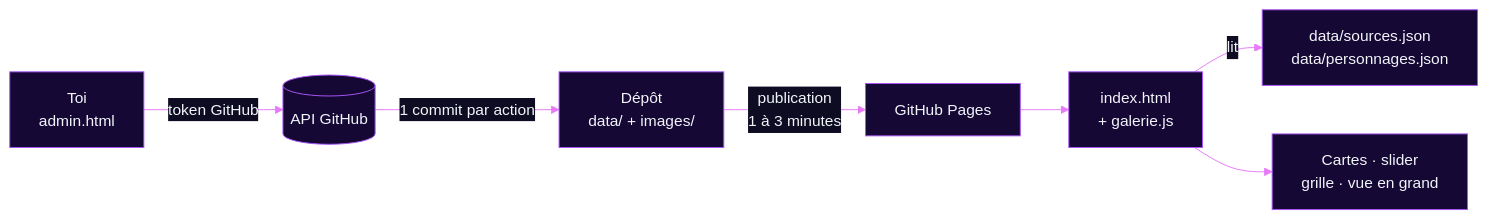
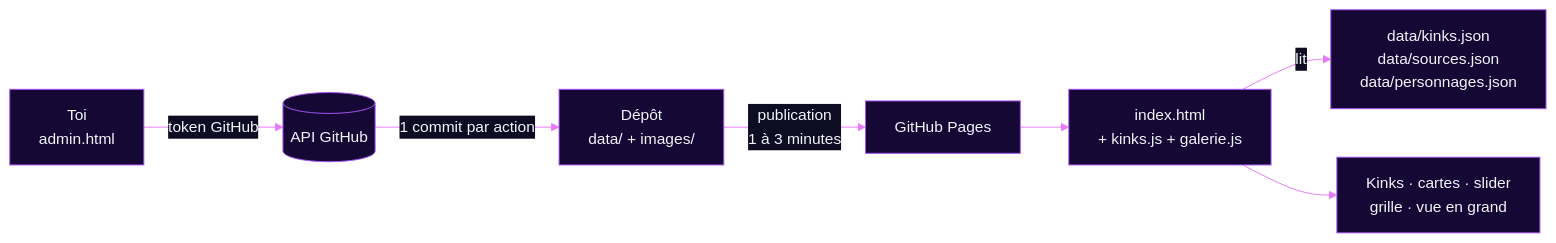
The first of 2 diagrams in README.md (Nathanfurrylax/Pour_en_savoir_plus_sur_moi_Nathanfurry_lax), drawn with Mermaid before and after one commit. The commit also changed other lines of this file, not shown here.

````diff
--- a/README.md
+++ b/README.md
@@ -53,10 +65,10 @@
 ```mermaid
 %%{init: {"theme":"base","themeVariables":{"primaryColor":"#160835","primaryTextColor":"#f1f5f9","primaryBorderColor":"#a855f7","lineColor":"#e879f9","secondaryColor":"#0e0c22","tertiaryColor":"#07071a","fontFamily":"Arial"}}}%%
 flowchart LR
   A["Toi<br/>admin.html"] -->|"token GitHub"| B[("API GitHub")]
   B -->|"1 commit par action"| C["Dépôt<br/>data/ + images/"]
   C -->|"publication<br/>1 à 3 minutes"| D["GitHub Pages"]
-  D --> E["index.html<br/>+ galerie.js"]
-  E -->|"lit"| F["data/sources.json<br/>data/personnages.json"]
-  E --> G["Cartes · slider<br/>grille · vue en grand"]
+  D --> E["index.html<br/>+ kinks.js + galerie.js"]
+  E -->|"lit"| F["data/kinks.json<br/>data/sources.json<br/>data/personnages.json"]
+  E --> G["Kinks · cartes · slider<br/>grille · vue en grand"]
 ```
````
